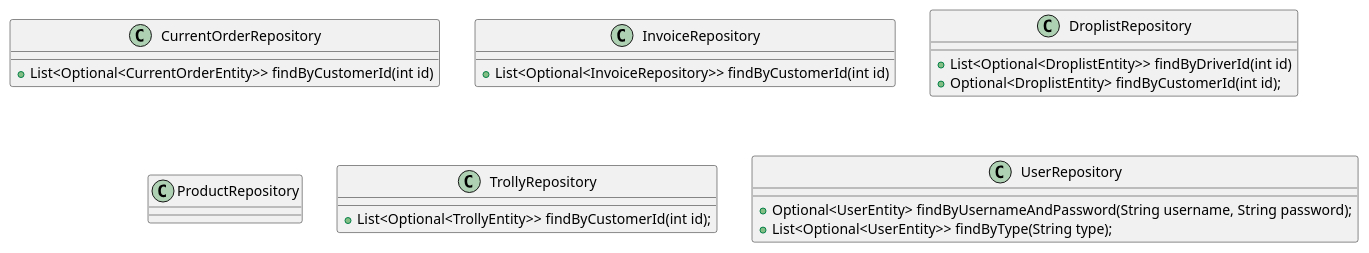
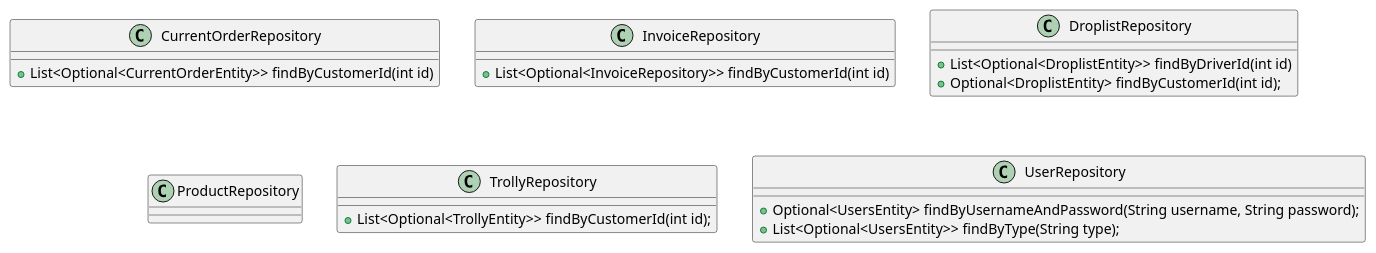
Before and after one commit to avahora866/dev-backend: the diagram in src/main/java/com/milk4u/doorstep/delivery/repository/Repository.puml, drawn with PlantUML. The commit also changed 15 other files, not shown here.

```diff
--- a/src/main/java/com/milk4u/doorstep/delivery/repository/Repository.puml
+++ b/src/main/java/com/milk4u/doorstep/delivery/repository/Repository.puml
@@ -1,29 +1,29 @@
 @startuml
 'https://plantuml.com/class-diagram
 
 class CurrentOrderRepository {
     +List<Optional<CurrentOrderEntity>> findByCustomerId(int id)
 }
 
 class InvoiceRepository {
     +List<Optional<InvoiceRepository>> findByCustomerId(int id)
 }
 
 class DroplistRepository {
     +List<Optional<DroplistEntity>> findByDriverId(int id)
     +Optional<DroplistEntity> findByCustomerId(int id);
 }
 
 class ProductRepository {
 
 }
 
 class TrollyRepository {
     +List<Optional<TrollyEntity>> findByCustomerId(int id);
 }
 
 class UserRepository {
-	+Optional<UserEntity> findByUsernameAndPassword(String username, String password);
-	+List<Optional<UserEntity>> findByType(String type);
+	+Optional<UsersEntity> findByUsernameAndPassword(String username, String password);
+	+List<Optional<UsersEntity>> findByType(String type);
 }
 @enduml
```
